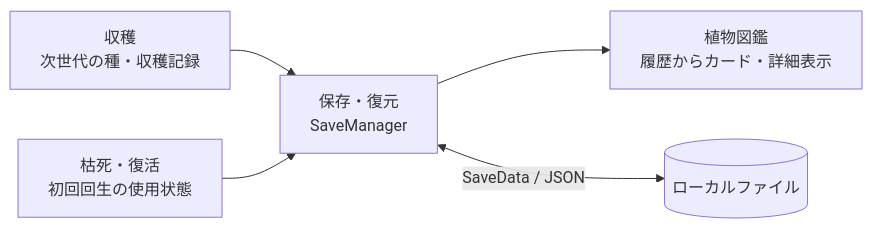
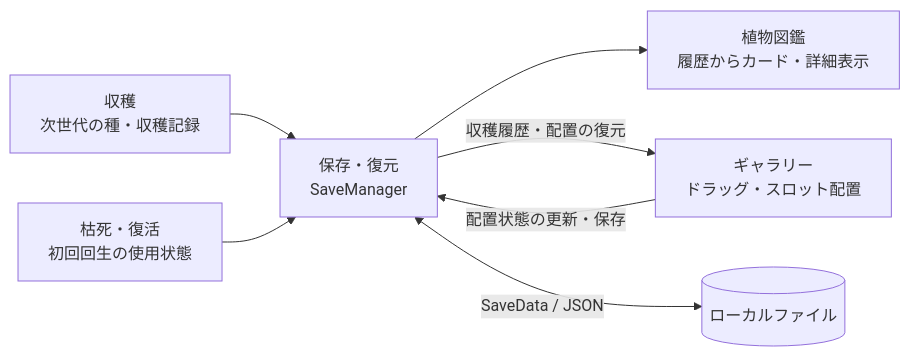
One commit to 62String/madobe-no-niwa-portfolio changed the diagram in README.md. Above: the diagram before and after it, drawn with Mermaid. The commit also changed other lines of this file and 11 other files, not shown here.

````diff
--- a/README.md
+++ b/README.md
@@ -17,7 +17,9 @@
 ```mermaid
 flowchart LR
     H["収穫<br/>次世代の種・収穫記録"] --> S["保存・復元<br/>SaveManager"]
     D["枯死・復活<br/>初回回生の使用状態"] --> S
     S --> C["植物図鑑<br/>履歴からカード・詳細表示"]
+    S -->|"収穫履歴・配置の復元"| G["ギャラリー<br/>ドラッグ・スロット配置"]
+    G -->|"配置状態の更新・保存"| S
     S <-->|"SaveData / JSON"| F[("ローカルファイル")]
 ```
````
